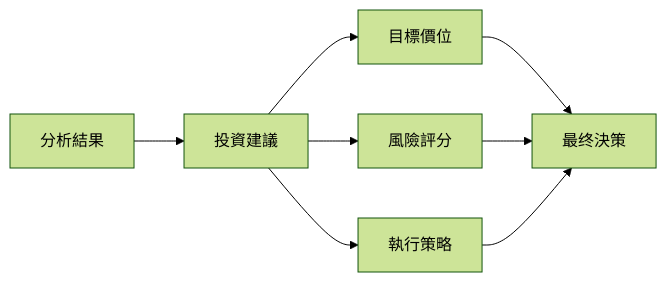
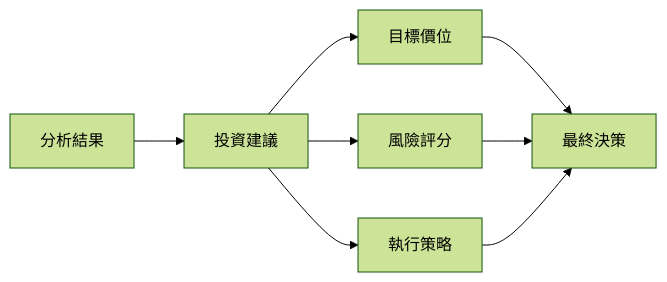
Before and after one commit to aiinpocket/TradingAgents-CN: the third of 3 diagrams in docs/agents/v0.1.13/trader.md, drawn with Mermaid (forest theme). The commit also changed other lines of this file and 439 other files, not shown here.

````diff
--- a/docs/agents/v0.1.13/trader.md
+++ b/docs/agents/v0.1.13/trader.md
@@ -279,10 +279,10 @@
 ```mermaid
 graph LR
     A[分析結果] --> B[投資建議]
     B --> C[目標價位]
     B --> D[風險評分]
     B --> E[執行策略]
-    C --> F[最终決策]
+    C --> F[最終決策]
     D --> F
     E --> F
 ```
````
